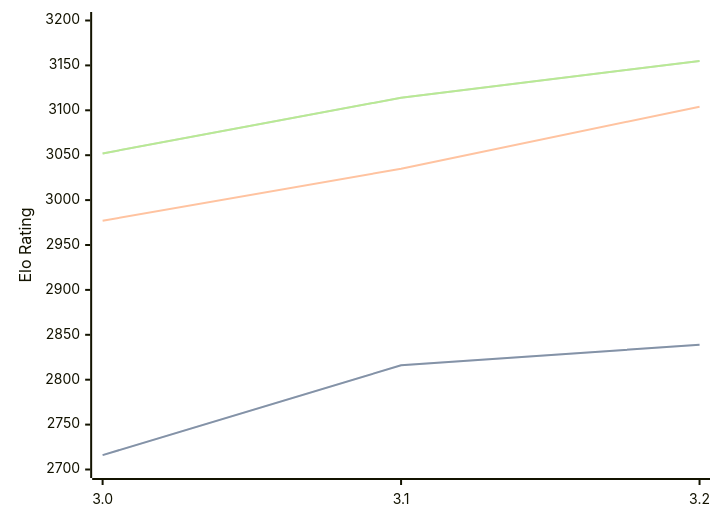
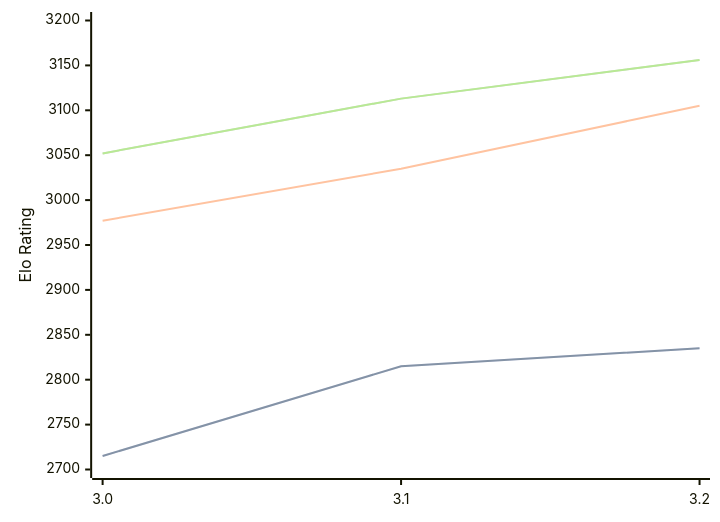
The diagram in engines/Vajolet2.md (computer-chess-index/cci), drawn with Mermaid before and after one commit. The commit also changed other lines of this file, not shown here.

Commit message:
Update CCI Ratings (ELO VLTC) - 2026-06-10

````diff
--- a/engines/Vajolet2.md
+++ b/engines/Vajolet2.md
@@ -41,11 +41,11 @@
 ```mermaid
 %%{init: {"theme":"base","themeVariables":{"seriesColors:['#a3a3a3','#222221','#faa371']}}}%%
 xychart-beta
   x-axis ["3.0", "3.1", "3.2"]
   y-axis "Elo Rating" 2700 --> 3200
-  line "STC (8.0+0.08s)" [2716, 2816, 2839]
-  line "STC (8.0+0.08s)" [2716, 2816, 2839]
-  line "LTC (60.0+0.60s)" [2977, 3035, 3104]
-  line "VLTC (2m24s+1.12s)" [3052, 3114, 3155]
-  line "VLTC (2m24s+1.12s)" [3052, 3114, 3155]
+  line "STC (8.0+0.08s)" [2715, 2815, 2835]
+  line "STC (8.0+0.08s)" [2715, 2815, 2835]
+  line "LTC (60.0+0.60s)" [2977, 3035, 3105]
+  line "VLTC (2m24s+1.12s)" [3052, 3113, 3156]
+  line "VLTC (2m24s+1.12s)" [3052, 3113, 3156]
 ```
````
